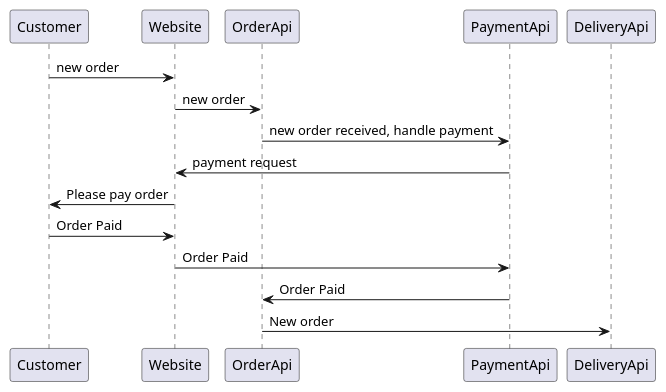
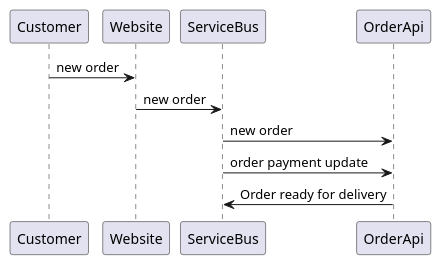
Before and after one commit to maaroen/BackstageDemoProjects: the diagram in pizzashop/domains/orders/docs/overview.md, drawn with PlantUML. The commit also changed 1 other file, not shown here.

Commit message:
Order domain documentation update

````diff
--- a/pizzashop/domains/orders/docs/overview.md
+++ b/pizzashop/domains/orders/docs/overview.md
@@ -7,13 +7,9 @@
 ```plantuml
 @startuml
 Customer -> Website: new order
-Website -> OrderApi: new order
-OrderApi -> PaymentApi: new order received, handle payment
-PaymentApi -> Website: payment request
-Website -> Customer: Please pay order
-Customer -> Website: Order Paid
-Website -> PaymentApi: Order Paid
-PaymentApi -> OrderApi: Order Paid
-OrderApi -> DeliveryApi: New order
+Website -> ServiceBus: new order
+ServiceBus -> OrderApi: new order
+ServiceBus -> OrderApi: order payment update
+OrderApi -> ServiceBus: Order ready for delivery
 @enduml
 ```
````
